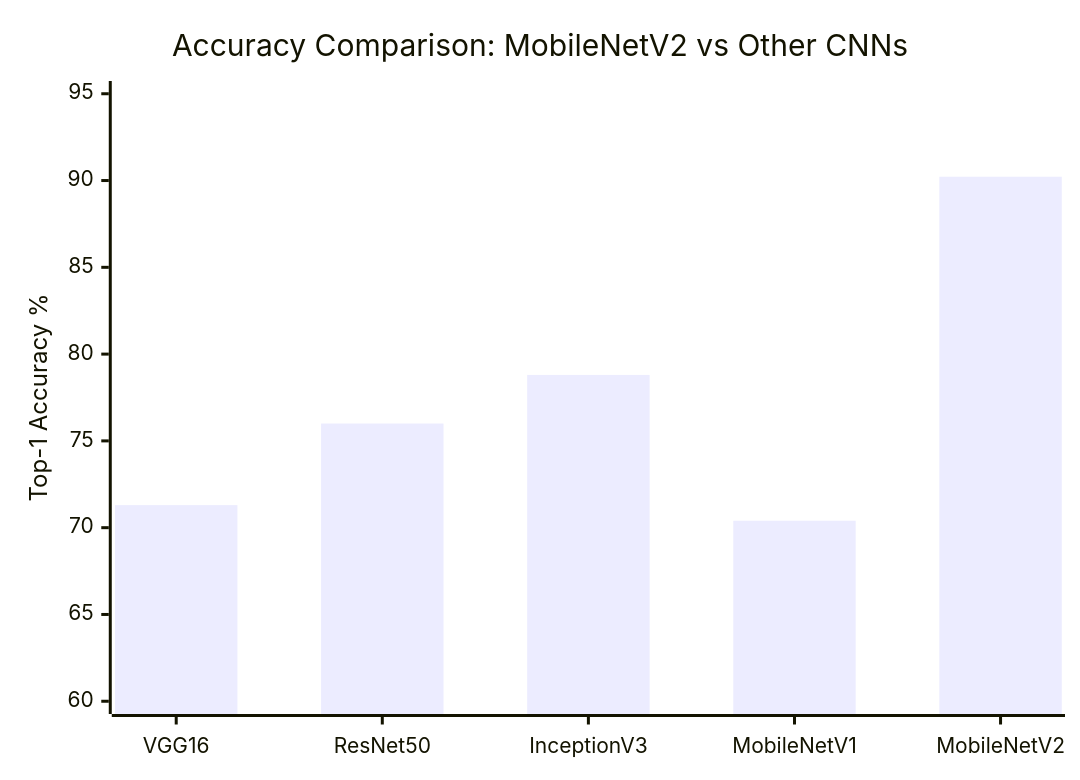
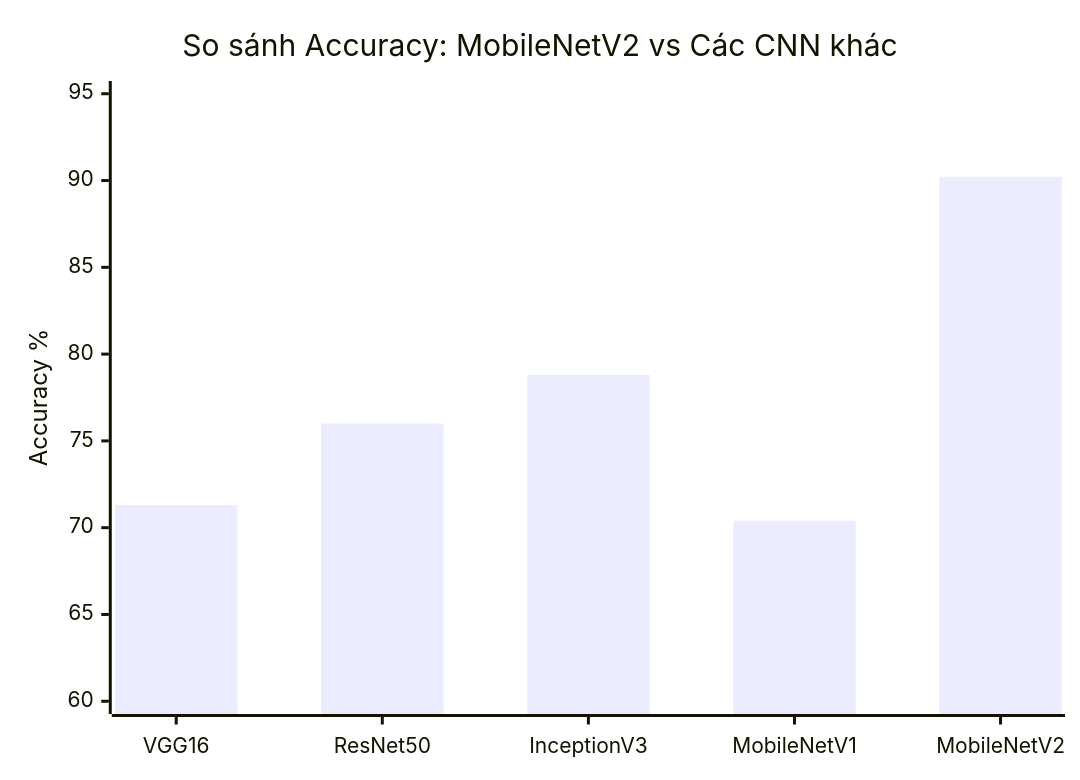
One commit to DevOpsLogistics/FoodVision-Ai changed the ninth of 11 diagrams in README.md. Above: the diagram before and after it, drawn with Mermaid. The commit also changed other lines of this file, not shown here.

Commit message:
Docs: Fix Vietnamese diacritics, simplify Mermaid diagrams, remove UI implementation details

````diff
--- a/README.md
+++ b/README.md
@@ -384,7 +307,7 @@
 ```mermaid
 xychart-beta
-    title "Accuracy Comparison: MobileNetV2 vs Other CNNs"
+    title "So sánh Accuracy: MobileNetV2 vs Các CNN khác"
     x-axis ["VGG16", "ResNet50", "InceptionV3", "MobileNetV1", "MobileNetV2"]
-    y-axis "Top-1 Accuracy %" 60 --> 95
+    y-axis "Accuracy %" 60 --> 95
     bar [71.3, 76.0, 78.8, 70.4, 90.22]
 ```
````
